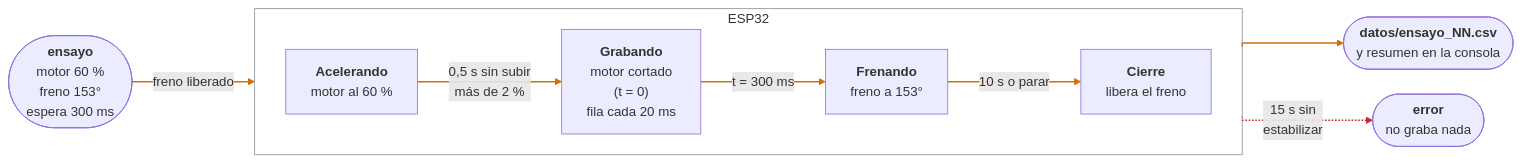
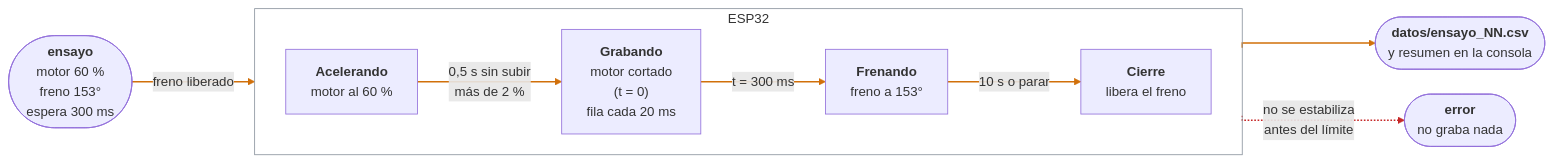
Before and after one commit to TamaraCM06/tcajiao_asm_2026_s2: the second of 2 diagrams in proyecto_2_grupal/docs/03_flujo.md, drawn with Mermaid. The commit also changed 8 other files, not shown here.

````diff
--- a/proyecto_2_grupal/docs/03_flujo.md
+++ b/proyecto_2_grupal/docs/03_flujo.md
@@ -80,27 +80,27 @@
 ```mermaid
 %%{init: {"flowchart": {"curve": "stepBefore", "nodeSpacing": 30, "rankSpacing": 50}}}%%
 flowchart LR
     orden(["<b>ensayo</b><br/>motor 60 %<br/>freno 153°<br/>espera 300 ms"])
 
     subgraph esp["ESP32"]
         direction LR
         acel["<b>Acelerando</b><br/>motor al 60 %"]
         grab["<b>Grabando</b><br/>motor cortado<br/>(t = 0)<br/>fila cada 20 ms"]
         fren["<b>Frenando</b><br/>freno a 153°"]
         cierre["<b>Cierre</b><br/>libera el freno"]
     end
 
     csv(["<b>datos/ensayo_NN.csv</b><br/>y resumen en la consola"])
     error(["<b>error</b><br/>no graba nada"])
 
     orden -->|"freno liberado"| acel
     acel -->|"0,5 s sin subir<br/>más de 2 %"| grab
     grab -->|"t = 300 ms"| fren
     fren -->|"10 s o parar"| cierre
     cierre --> csv
-    acel -.->|"15 s sin<br/>estabilizar"| error
+    acel -.->|"no se estabiliza<br/>antes del límite"| error
 
     linkStyle 0,1,2,3,4 stroke:#d1700a,stroke-width:1.8px
     linkStyle 5 stroke:#c62828,stroke-width:1.6px
     style esp fill:none,stroke:#8b949e,stroke-width:1px
 ```
````
